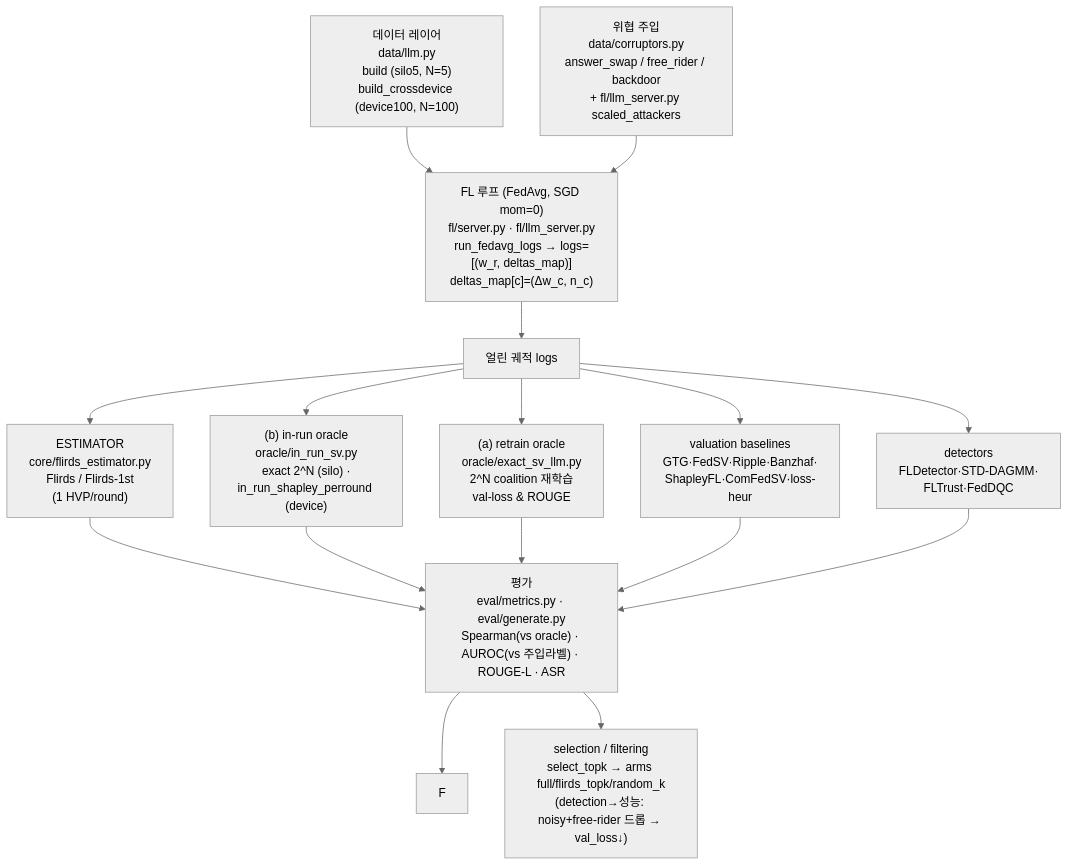
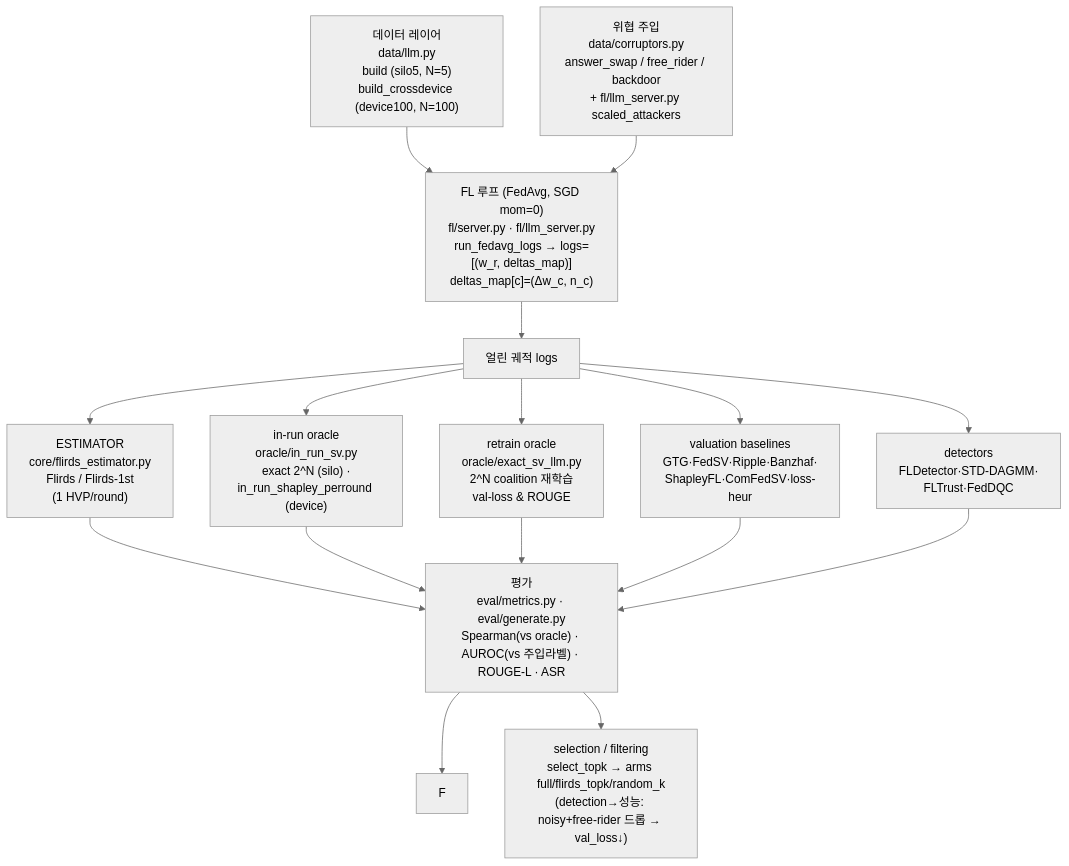
Before and after one commit to YongheeChoi/flirds: the diagram in research-wiki/wiki/checkpoint-2026-06-10/00-overview.md, drawn with Mermaid (neutral theme). The commit also changed other lines of this file and 25 other files, not shown here.

First line of the commit message:
checkpoint: naturalize code-name terms (Tier A+B) + bigger diagram font; drop Obsidian/presentations, gitignore .obsidian/

````diff
--- a/research-wiki/wiki/checkpoint-2026-06-10/00-overview.md
+++ b/research-wiki/wiki/checkpoint-2026-06-10/00-overview.md
@@ -36,14 +36,14 @@
 ```mermaid
 flowchart TD
   A["데이터 레이어<br/>data/llm.py<br/>build (silo5, N=5)<br/>build_crossdevice (device100, N=100)"] --> B
   T["위협 주입<br/>data/corruptors.py<br/>answer_swap / free_rider / backdoor<br/>+ fl/llm_server.py scaled_attackers"] --> B
   B["FL 루프 (FedAvg, SGD mom=0)<br/>fl/server.py · fl/llm_server.py<br/>run_fedavg_logs → logs=[(w_r, deltas_map)]<br/>deltas_map[c]=(Δw_c, n_c)"] --> C
   C["얼린 궤적 logs"] --> D1 & D2 & D3 & D4 & D5
   D1["ESTIMATOR<br/>core/flirds_estimator.py<br/>Flirds / Flirds-1st<br/>(1 HVP/round)"] --> E
-  D2["(b) in-run oracle<br/>oracle/in_run_sv.py<br/>exact 2^N (silo) ·<br/>in_run_shapley_perround (device)"] --> E
-  D3["(a) retrain oracle<br/>oracle/exact_sv_llm.py<br/>2^N coalition 재학습<br/>val-loss & ROUGE"] --> E
+  D2["in-run oracle<br/>oracle/in_run_sv.py<br/>exact 2^N (silo) ·<br/>in_run_shapley_perround (device)"] --> E
+  D3["retrain oracle<br/>oracle/exact_sv_llm.py<br/>2^N coalition 재학습<br/>val-loss & ROUGE"] --> E
   D4["valuation baselines<br/>GTG·FedSV·Ripple·Banzhaf·<br/>ShapleyFL·ComFedSV·loss-heur"] --> E
   D5["detectors<br/>FLDetector·STD-DAGMM·<br/>FLTrust·FedDQC"] --> E
   E["평가<br/>eval/metrics.py · eval/generate.py<br/>Spearman(vs oracle) · AUROC(vs 주입라벨) · ROUGE-L · ASR"] --> F
   E --> G["selection / filtering<br/>select_topk → arms full/flirds_topk/random_k<br/>(detection→성능: noisy+free-rider 드롭 → val_loss↓)"]
 ```
````
